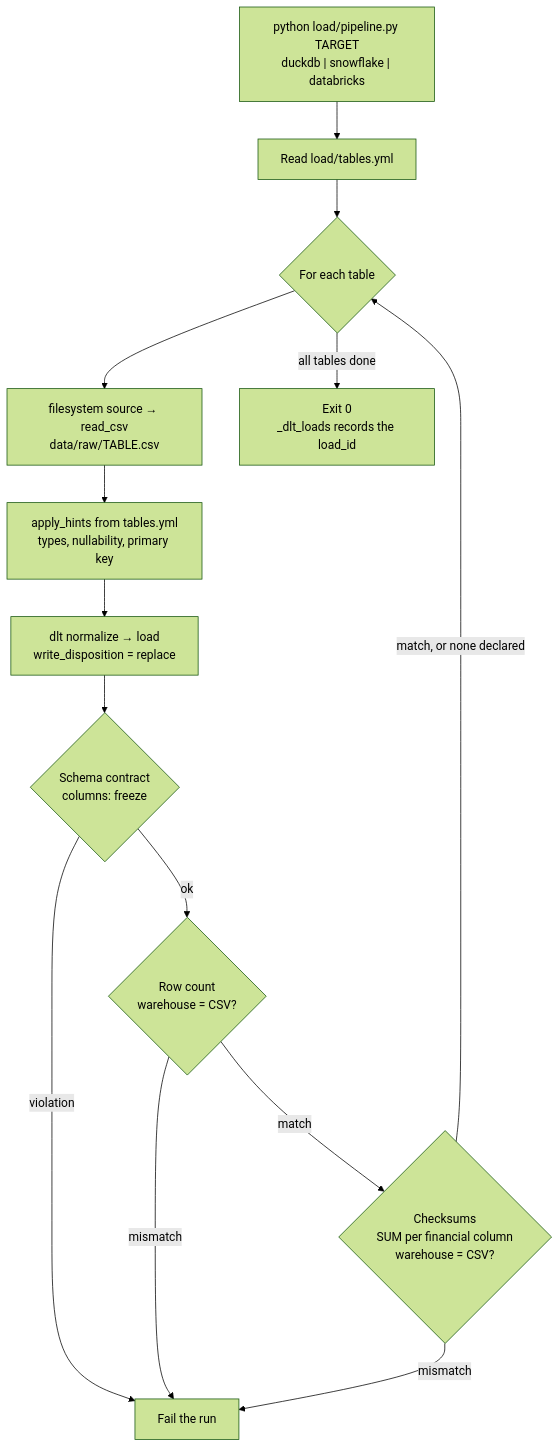
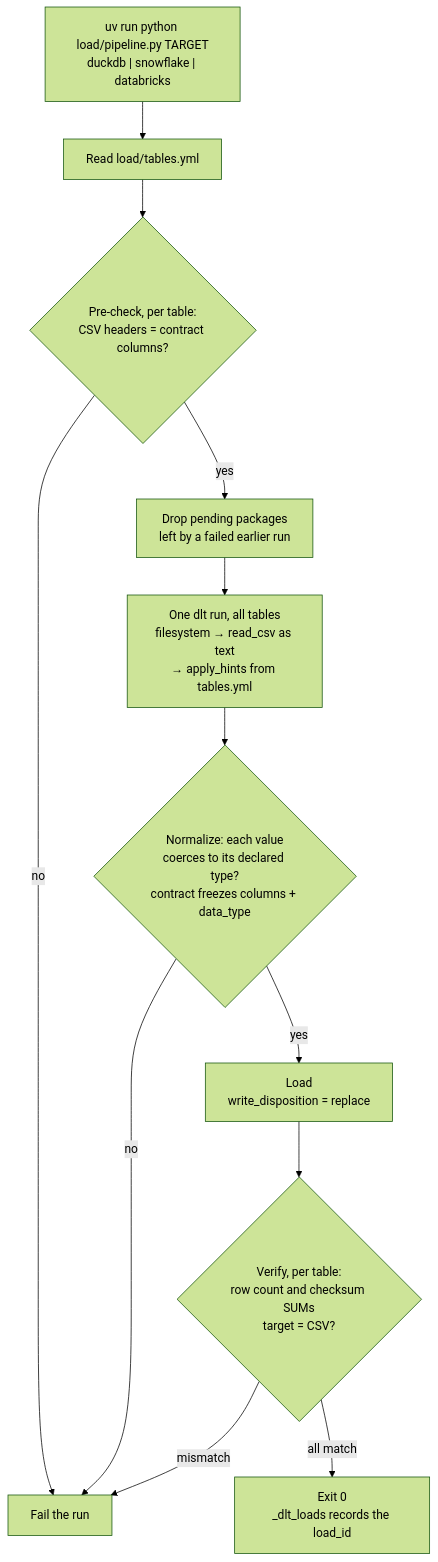
The third of 3 diagrams in docs/design/01-data-loading.md (John-Miller12/portfolio-dual-target-dbt), drawn with Mermaid (forest theme) before and after one commit. The commit also changed other lines of this file and 2 other files, not shown here.

Commit message:
Add dlt load pipeline; design 01 rev 4
- load/pipeline.py: loads data/raw CSVs to the raw schema of duckdb,
  snowflake or databricks using tables.yml hints; pre-checks CSV headers,
  freezes columns and data types, drops stale pending packages, then
  verifies row counts and order_details checksums against the CSVs
- .gitignore: .local/, duckdb files, .dlt/secrets.toml
- docs/design/01-data-loading.md: run diagram as built, implementation notes

Verified on DuckDB: all row counts and checksums match; header mismatch
and non-numeric value both fail the run.

````diff
--- a/docs/design/01-data-loading.md
+++ b/docs/design/01-data-loading.md
@@ -64,16 +66,14 @@
 ```mermaid
 flowchart TD
-  A["python load/pipeline.py TARGET<br/>duckdb | snowflake | databricks"] --> B["Read load/tables.yml"]
-  B --> C{"For each table"}
-  C --> D["filesystem source → read_csv<br/>data/raw/TABLE.csv"]
-  D --> E["apply_hints from tables.yml<br/>types, nullability, primary key"]
-  E --> F["dlt normalize → load<br/>write_disposition = replace"]
-  F --> G{"Schema contract<br/>columns: freeze"}
-  G -->|"violation"| X["Fail the run"]
-  G -->|"ok"| H{"Row count<br/>warehouse = CSV?"}
-  H -->|"mismatch"| X
-  H -->|"match"| I{"Checksums<br/>SUM per financial column<br/>warehouse = CSV?"}
-  I -->|"mismatch"| X
-  I -->|"match, or none declared"| C
-  C -->|"all tables done"| Z["Exit 0<br/>_dlt_loads records the load_id"]
+  A["uv run python load/pipeline.py TARGET<br/>duckdb | snowflake | databricks"] --> B["Read load/tables.yml"]
+  B --> H{"Pre-check, per table:<br/>CSV headers = contract columns?"}
+  H -->|"no"| X["Fail the run"]
+  H -->|"yes"| P["Drop pending packages<br/>left by a failed earlier run"]
+  P --> R["One dlt run, all tables<br/>filesystem → read_csv as text<br/>→ apply_hints from tables.yml"]
+  R --> N{"Normalize: each value<br/>coerces to its declared type?<br/>contract freezes columns + data_type"}
+  N -->|"no"| X
+  N -->|"yes"| L["Load<br/>write_disposition = replace"]
+  L --> V{"Verify, per table:<br/>row count and checksum SUMs<br/>target = CSV?"}
+  V -->|"mismatch"| X
+  V -->|"all match"| Z["Exit 0<br/>_dlt_loads records the load_id"]
 ```
````
